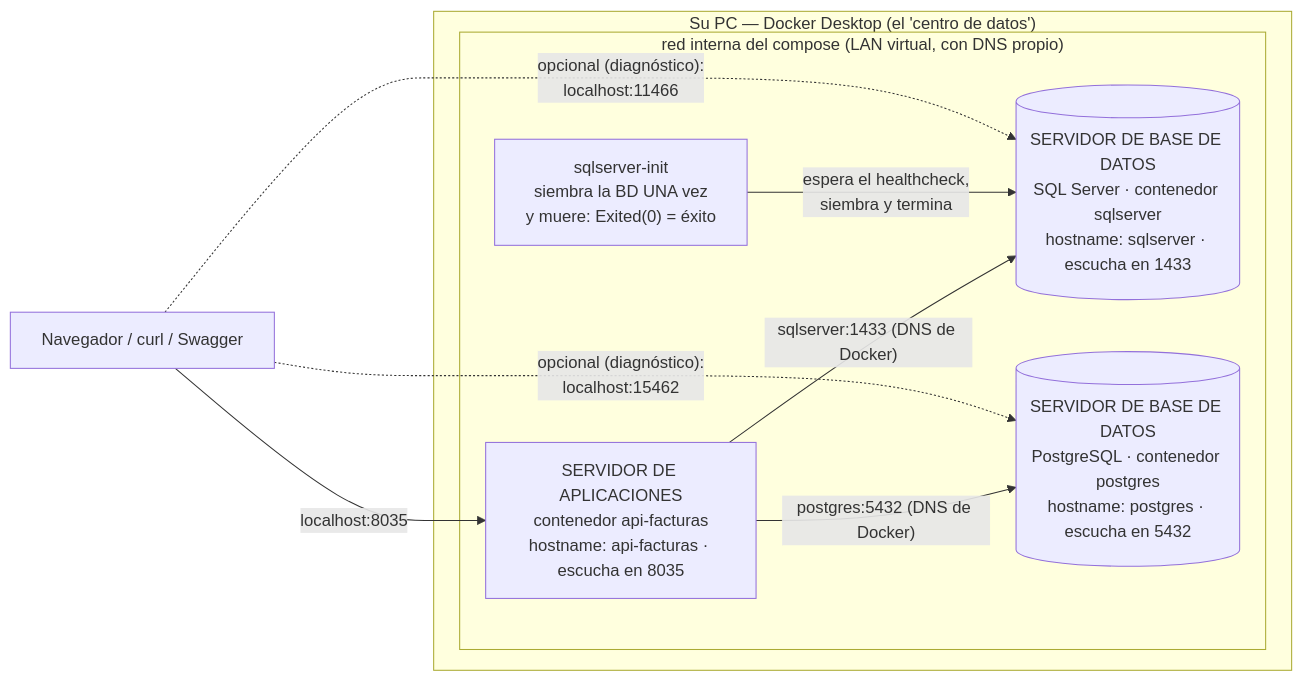
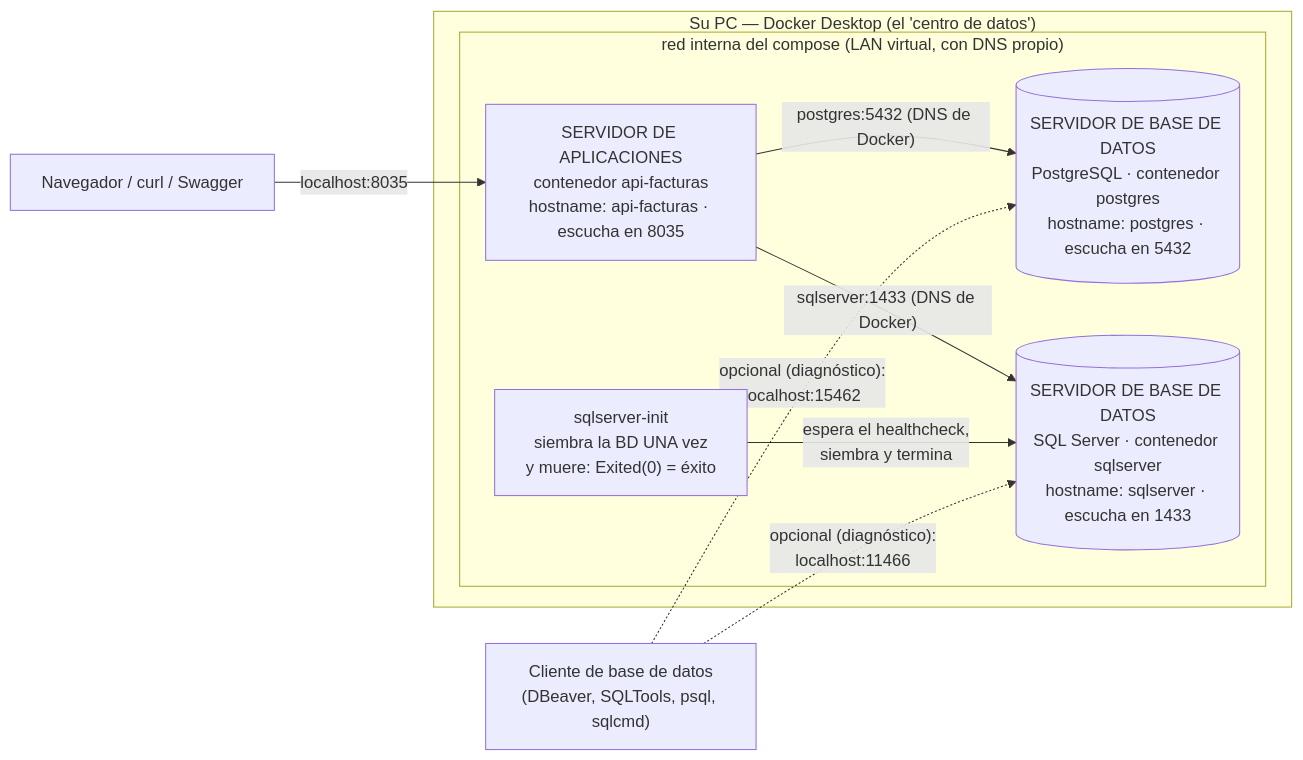
One commit to ccastro2050/proyecto_aplicacion_y_servicios_web4 changed the first of 2 diagrams in docs/CONCEPTOS_DOCKER.md. Above: the diagram before and after it, drawn with Mermaid. The commit also changed other lines of this file, not shown here.

First line of the commit message:
docs(docker): el diagrama sale del docker-compose real, y ninguna flecha miente

````diff
--- a/docs/CONCEPTOS_DOCKER.md
+++ b/docs/CONCEPTOS_DOCKER.md
@@ -194,18 +194,19 @@
 ```mermaid
 flowchart LR
     NAV["Navegador / curl / Swagger"]
+    CLIENTE["Cliente de base de datos<br/>(DBeaver, SQLTools, psql, sqlcmd)"]
     subgraph PC["Su PC — Docker Desktop (el 'centro de datos')"]
         subgraph RED["red interna del compose (LAN virtual, con DNS propio)"]
             APIFACTURAS["SERVIDOR DE APLICACIONES<br/>contenedor api-facturas<br/>hostname: api-facturas · escucha en 8035"]
+            SQLSERVERINIT["sqlserver-init<br/>siembra la BD UNA vez<br/>y muere: Exited(0) = éxito"]
+            POSTGRES[("SERVIDOR DE BASE DE DATOS<br/>PostgreSQL · contenedor postgres<br/>hostname: postgres · escucha en 5432")]
             SQLSERVER[("SERVIDOR DE BASE DE DATOS<br/>SQL Server · contenedor sqlserver<br/>hostname: sqlserver · escucha en 1433")]
-            POSTGRES[("SERVIDOR DE BASE DE DATOS<br/>PostgreSQL · contenedor postgres<br/>hostname: postgres · escucha en 5432")]
-            SQLSERVERINIT["sqlserver-init<br/>siembra la BD UNA vez<br/>y muere: Exited(0) = éxito"]
         end
     end
     NAV -->|"localhost:8035"| APIFACTURAS
+    APIFACTURAS -->|"postgres:5432 (DNS de Docker)"| POSTGRES
     APIFACTURAS -->|"sqlserver:1433 (DNS de Docker)"| SQLSERVER
-    APIFACTURAS -->|"postgres:5432 (DNS de Docker)"| POSTGRES
     SQLSERVERINIT -->|"espera el healthcheck,<br/>siembra y termina"| SQLSERVER
-    NAV -.->|"opcional (diagnóstico):<br/>localhost:11466"| SQLSERVER
-    NAV -.->|"opcional (diagnóstico):<br/>localhost:15462"| POSTGRES
+    CLIENTE -.->|"opcional (diagnóstico):<br/>localhost:15462"| POSTGRES
+    CLIENTE -.->|"opcional (diagnóstico):<br/>localhost:11466"| SQLSERVER
 ```
````
